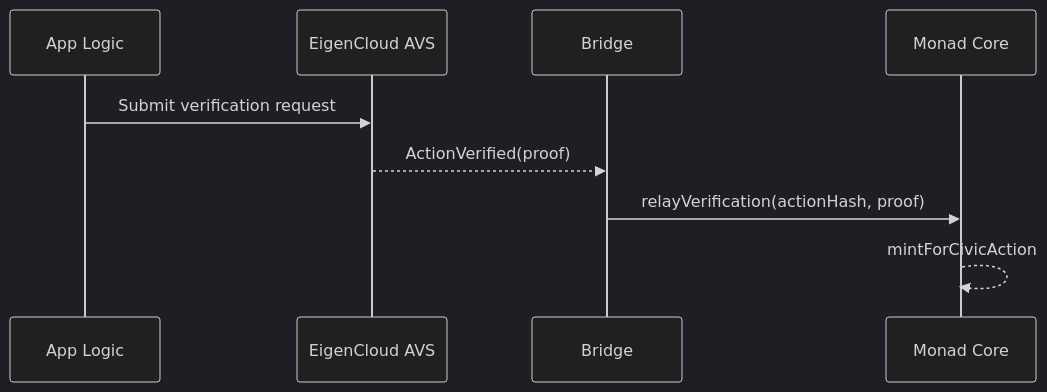
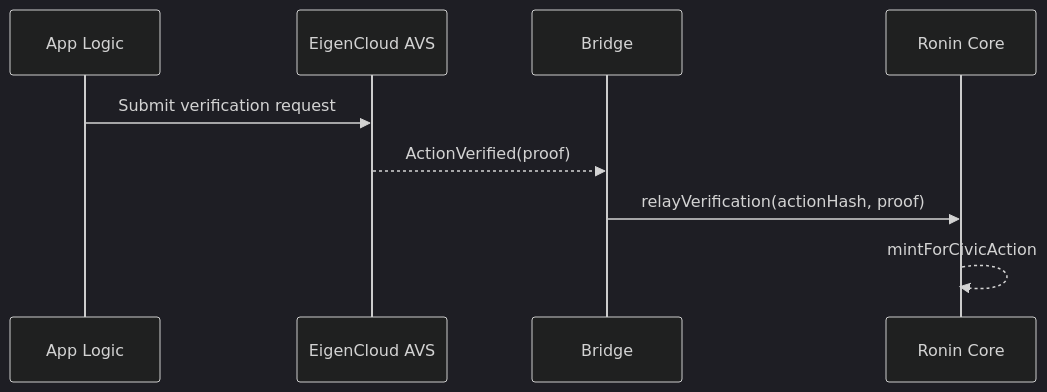
Before and after one commit to communisaas/voter-protocol: the fourth of 5 diagrams in docs/architecture/OVERVIEW_HYBRID_ARCHITECTURE.md, drawn with Mermaid. The commit also changed other lines of this file and 3 other files, not shown here.

First line of the commit message:
docs: Align architecture with actual implementation

````diff
--- a/docs/architecture/OVERVIEW_HYBRID_ARCHITECTURE.md
+++ b/docs/architecture/OVERVIEW_HYBRID_ARCHITECTURE.md
@@ -70,12 +70,12 @@
 ```mermaid
 %%{init: {'theme':'dark'}}%%
 sequenceDiagram
   participant App as App Logic
   participant Eigen as EigenCloud AVS
   participant Bridge as Bridge
-  participant Monad as Monad Core
+  participant Ronin as Ronin Core
   App->>Eigen: Submit verification request
   Eigen-->>Bridge: ActionVerified(proof)
-  Bridge->>Monad: relayVerification(actionHash, proof)
-  Monad-->>Monad: mintForCivicAction
+  Bridge->>Ronin: relayVerification(actionHash, proof)
+  Ronin-->>Ronin: mintForCivicAction
 ```
````
